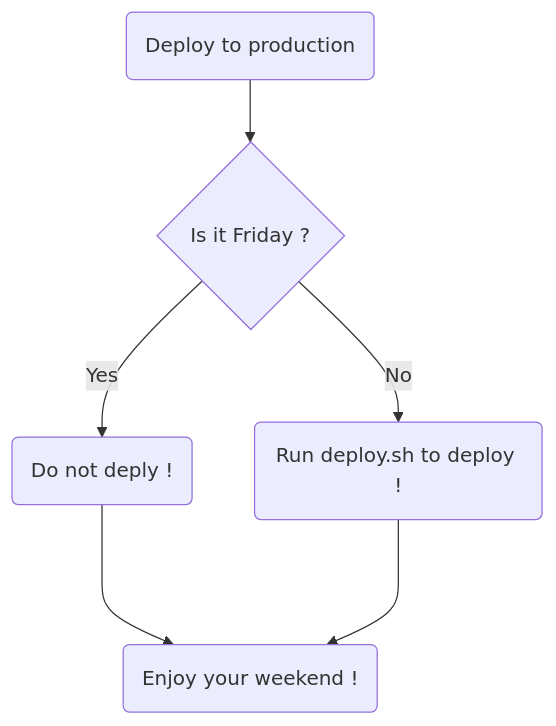
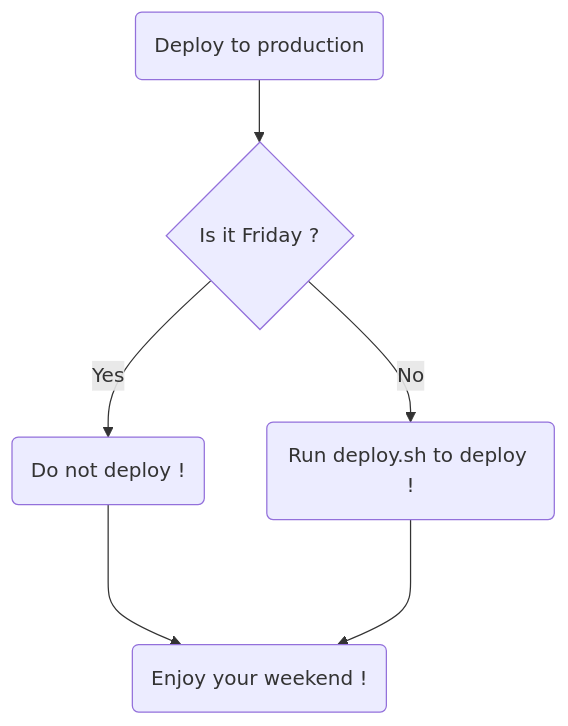
Before and after one commit to jcd717/test: the diagram in README.md, drawn with Mermaid.

````diff
--- a/README.md
+++ b/README.md
@@ -3,8 +3,8 @@
 ```mermaid
 flowchart TD;
   A(Deploy to production) --> B{Is it Friday ?};
-  B -- Yes --> C(Do not deply !);
+  B -- Yes --> C(Do not deploy !);
   B -- No --> D(Run deploy.sh to deploy !);
   C ---> E(Enjoy your weekend !);
   D ---> E;
 ```
````
